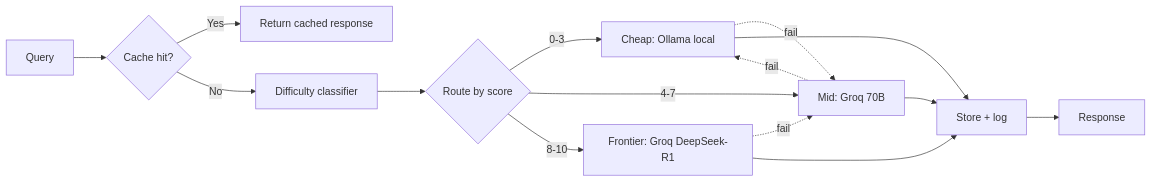
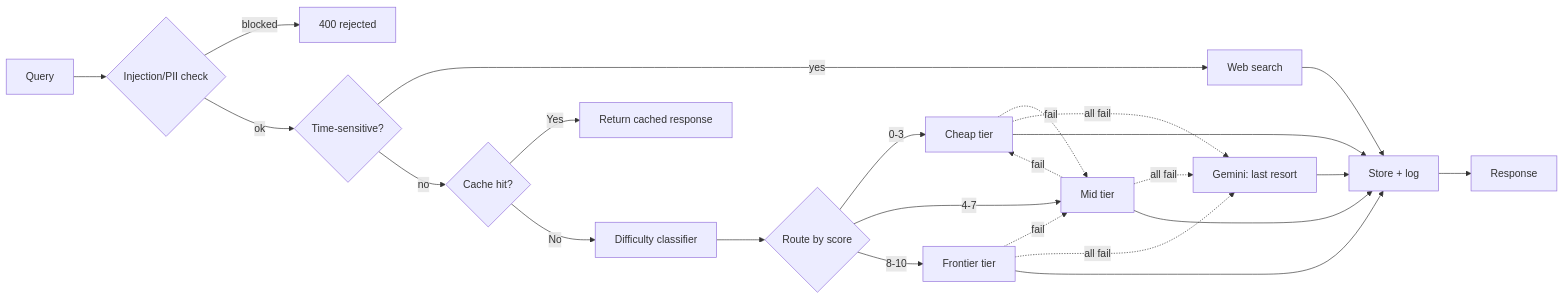
One commit to Ishan-5/llm-router changed the diagram in README.md. Above: the diagram before and after it, drawn with Mermaid. The commit also changed other lines of this file and 7 other files, not shown here.

````diff
--- a/README.md
+++ b/README.md
@@ -36,17 +38,26 @@
 ```mermaid
 flowchart LR
-    Q[Query] --> C{Cache hit?}
+    Q[Query] --> G{Injection/PII check}
+    G -->|blocked| X[400 rejected]
+    G -->|ok| W{Time-sensitive?}
+    W -->|yes| WS[Web search]
+    W -->|no| C{Cache hit?}
     C -->|Yes| R[Return cached response]
     C -->|No| D[Difficulty classifier]
     D --> T{Route by score}
-    T -->|0-3| Cheap[Cheap: Ollama local]
-    T -->|4-7| Mid[Mid: Groq 70B]
-    T -->|8-10| Frontier[Frontier: Groq DeepSeek-R1]
+    T -->|0-3| Cheap[Cheap tier]
+    T -->|4-7| Mid[Mid tier]
+    T -->|8-10| Frontier[Frontier tier]
     Cheap -.fail.-> Mid
     Mid -.fail.-> Cheap
     Frontier -.fail.-> Mid
+    Cheap -.all fail.-> Gemini[Gemini: last resort]
+    Mid -.all fail.-> Gemini
+    Frontier -.all fail.-> Gemini
     Cheap --> S[Store + log]
     Mid --> S
     Frontier --> S
+    Gemini --> S
+    WS --> S
     S --> Out[Response]
 ```
````
